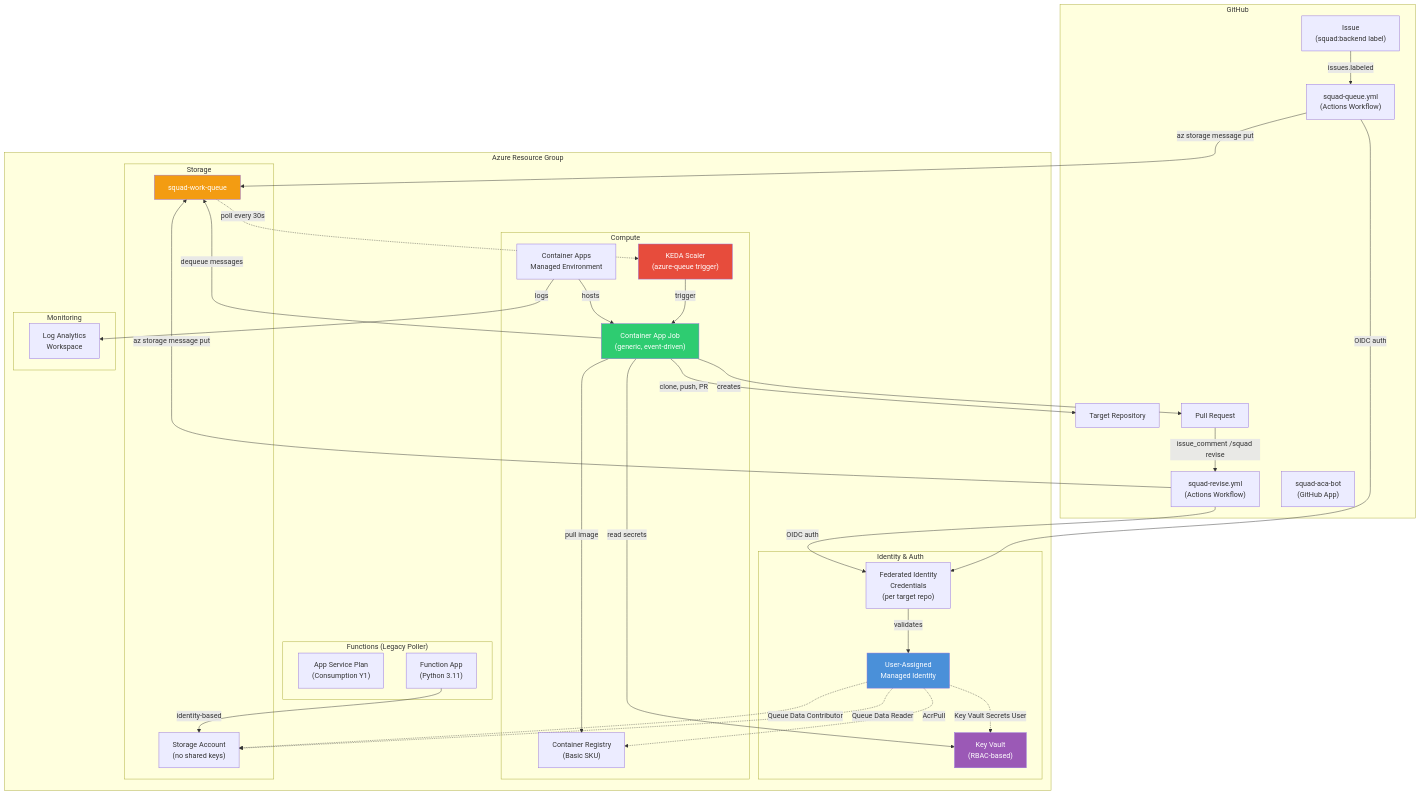
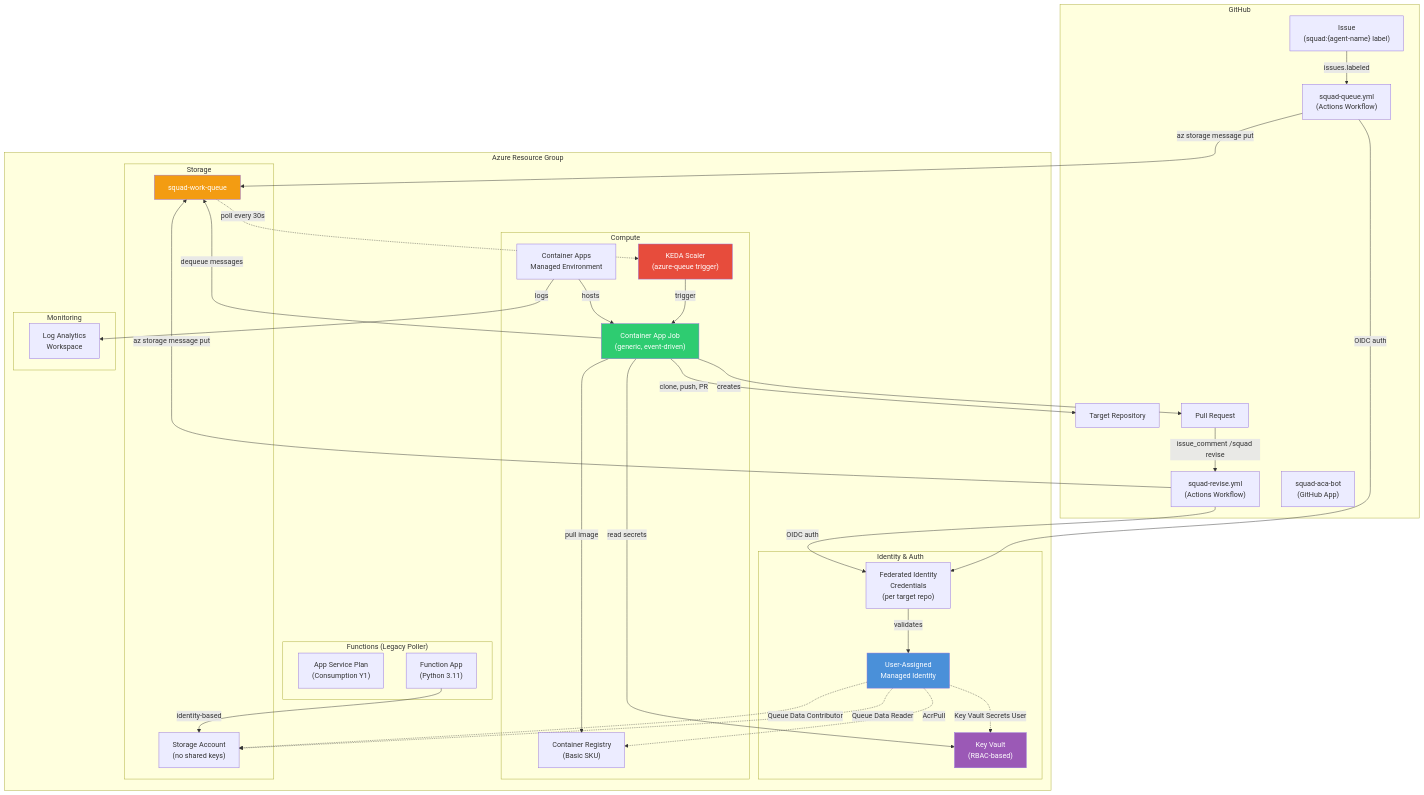
One commit to haflidif/squad-on-aca changed the second of 3 diagrams in docs/architecture.md. Above: the diagram before and after it, drawn with Mermaid. The commit also changed other lines of this file and 5 other files, not shown here.

````diff
--- a/docs/architecture.md
+++ b/docs/architecture.md
@@ -93,68 +93,68 @@
 ```mermaid
 graph TB
     subgraph GitHub["GitHub"]
-        Issue["Issue<br/>(squad:backend label)"]
+        Issue["Issue<br/>(squad:{agent-name} label)"]
         WF_Queue["squad-queue.yml<br/>(Actions Workflow)"]
         WF_Revise["squad-revise.yml<br/>(Actions Workflow)"]
         App["squad-aca-bot<br/>(GitHub App)"]
         Repo["Target Repository"]
         PR["Pull Request"]
     end
 
     subgraph Azure["Azure Resource Group"]
         subgraph Identity["Identity & Auth"]
             UAMI["User-Assigned<br/>Managed Identity"]
             FedCred["Federated Identity<br/>Credentials<br/>(per target repo)"]
             KV["Key Vault<br/>(RBAC-based)"]
         end
 
         subgraph Compute["Compute"]
             CAE["Container Apps<br/>Managed Environment"]
             Job["Container App Job<br/>(generic, event-driven)"]
             KEDA["KEDA Scaler<br/>(azure-queue trigger)"]
             ACR["Container Registry<br/>(Basic SKU)"]
         end
 
         subgraph Storage["Storage"]
             SA["Storage Account<br/>(no shared keys)"]
             Queue["squad-work-queue"]
         end
 
         subgraph Monitoring["Monitoring"]
             LAW["Log Analytics<br/>Workspace"]
         end
 
         subgraph Functions["Functions (Legacy Poller)"]
             ASP["App Service Plan<br/>(Consumption Y1)"]
             Func["Function App<br/>(Python 3.11)"]
         end
     end
 
     Issue -->|"issues.labeled"| WF_Queue
     PR -->|"issue_comment /squad revise"| WF_Revise
     WF_Queue -->|"OIDC auth"| FedCred
     WF_Revise -->|"OIDC auth"| FedCred
     FedCred -->|"validates"| UAMI
     WF_Queue -->|"az storage message put"| Queue
     WF_Revise -->|"az storage message put"| Queue
     Queue -.->|"poll every 30s"| KEDA
     KEDA -->|"trigger"| Job
     Job -->|"pull image"| ACR
     Job -->|"read secrets"| KV
     Job -->|"dequeue messages"| Queue
     Job -->|"clone, push, PR"| Repo
     Job -->|"creates"| PR
     UAMI -.->|"Queue Data Reader"| SA
     UAMI -.->|"Queue Data Contributor"| SA
     UAMI -.->|"AcrPull"| ACR
     UAMI -.->|"Key Vault Secrets User"| KV
     CAE -->|"hosts"| Job
     CAE -->|"logs"| LAW
     Func -->|"identity-based"| SA
 
     style UAMI fill:#4A90D9,color:#fff
     style Job fill:#2ECC71,color:#fff
     style Queue fill:#F39C12,color:#fff
     style KV fill:#9B59B6,color:#fff
     style KEDA fill:#E74C3C,color:#fff
 ```
````
